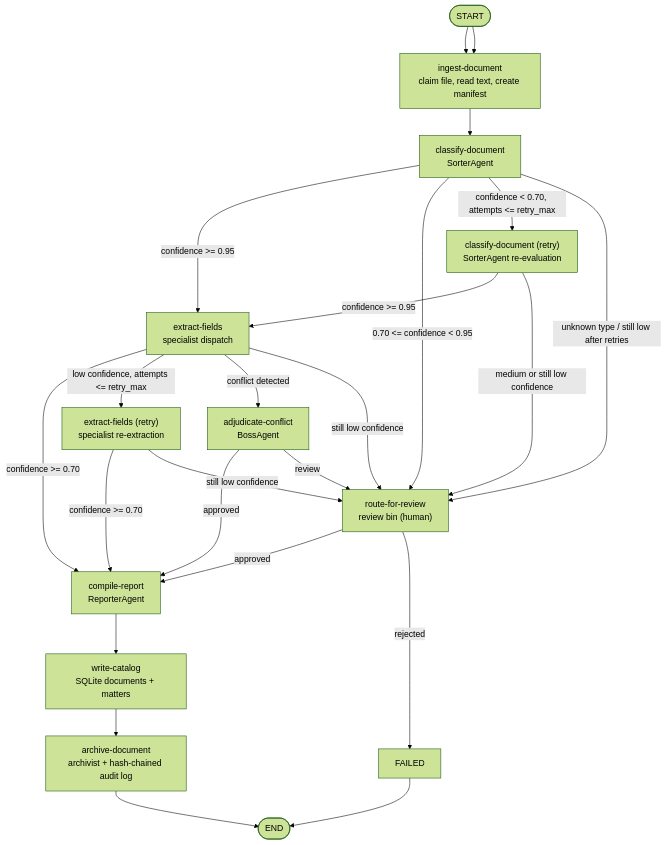
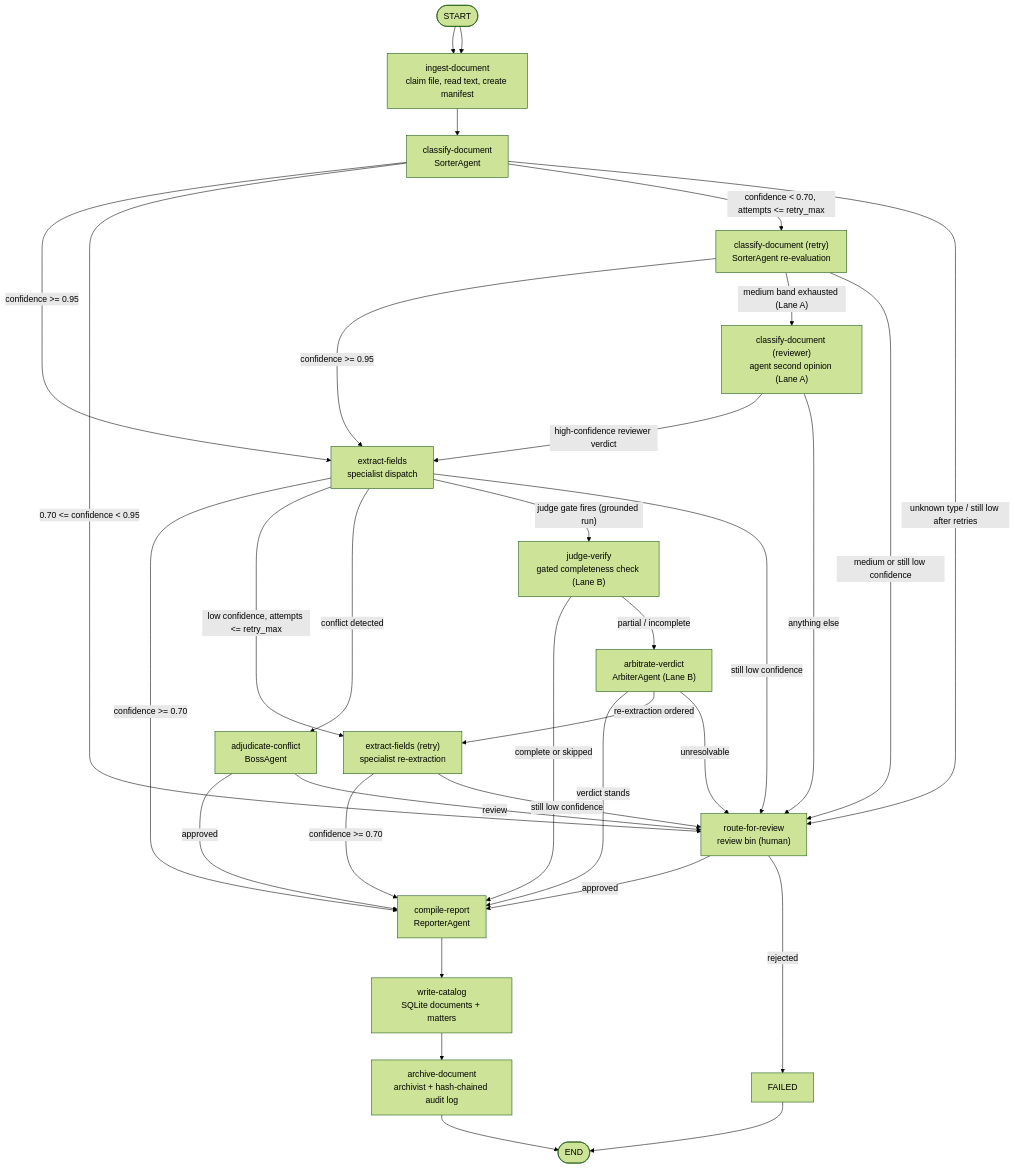
The first of 2 diagrams in README.md (Exios66/llm-mailroom), drawn with Mermaid (forest theme) before and after one commit. The commit also changed other lines of this file and 14 other files, not shown here.

````diff
--- a/README.md
+++ b/README.md
@@ -53,41 +53,53 @@
 ```mermaid
 flowchart TD
     START([START]) --> INGEST
 
     INGEST["ingest-document<br/>claim file, read text, create manifest"]
     CLASSIFY["classify-document<br/>SorterAgent"]
     RETRY_CLASS["classify-document (retry)<br/>SorterAgent re-evaluation"]
+    REVIEW_CLASS["classify-document (reviewer)<br/>agent second opinion (Lane A)"]
     EXTRACT["extract-fields<br/>specialist dispatch"]
     RETRY_EXTRACT["extract-fields (retry)<br/>specialist re-extraction"]
+    JUDGE["judge-verify<br/>gated completeness check (Lane B)"]
+    ARBITER["arbitrate-verdict<br/>ArbiterAgent (Lane B)"]
     BOSS["adjudicate-conflict<br/>BossAgent"]
     REVIEW["route-for-review<br/>review bin (human)"]
     REPORT["compile-report<br/>ReporterAgent"]
     CATALOG["write-catalog<br/>SQLite documents + matters"]
     ARCHIVE["archive-document<br/>archivist + hash-chained audit log"]
     FAILED["FAILED"]
     ENDX([END])
 
     START --> INGEST
     INGEST --> CLASSIFY
 
     CLASSIFY -- "confidence >= 0.95" --> EXTRACT
     CLASSIFY -- "0.70 <= confidence < 0.95" --> REVIEW
     CLASSIFY -- "confidence < 0.70, attempts <= retry_max" --> RETRY_CLASS
     CLASSIFY -- "unknown type / still low after retries" --> REVIEW
     RETRY_CLASS -- "confidence >= 0.95" --> EXTRACT
+    RETRY_CLASS -- "medium band exhausted (Lane A)" --> REVIEW_CLASS
     RETRY_CLASS -- "medium or still low confidence" --> REVIEW
+    REVIEW_CLASS -- "high-confidence reviewer verdict" --> EXTRACT
+    REVIEW_CLASS -- "anything else" --> REVIEW
 
     EXTRACT -- "confidence >= 0.70" --> REPORT
     EXTRACT -- "low confidence, attempts <= retry_max" --> RETRY_EXTRACT
     EXTRACT -- "conflict detected" --> BOSS
+    EXTRACT -- "judge gate fires (grounded run)" --> JUDGE
     EXTRACT -- "still low confidence" --> REVIEW
     RETRY_EXTRACT -- "confidence >= 0.70" --> REPORT
     RETRY_EXTRACT -- "still low confidence" --> REVIEW
 
+    JUDGE -- "complete or skipped" --> REPORT
+    JUDGE -- "partial / incomplete" --> ARBITER
+    ARBITER -- "verdict stands" --> REPORT
+    ARBITER -- "re-extraction ordered" --> RETRY_EXTRACT
+    ARBITER -- "unresolvable" --> REVIEW
     BOSS -- "approved" --> REPORT
     BOSS -- "review" --> REVIEW
     REVIEW -- "approved" --> REPORT
     REVIEW -- "rejected" --> FAILED --> ENDX
 
     REPORT --> CATALOG --> ARCHIVE --> ENDX
 ```
````
